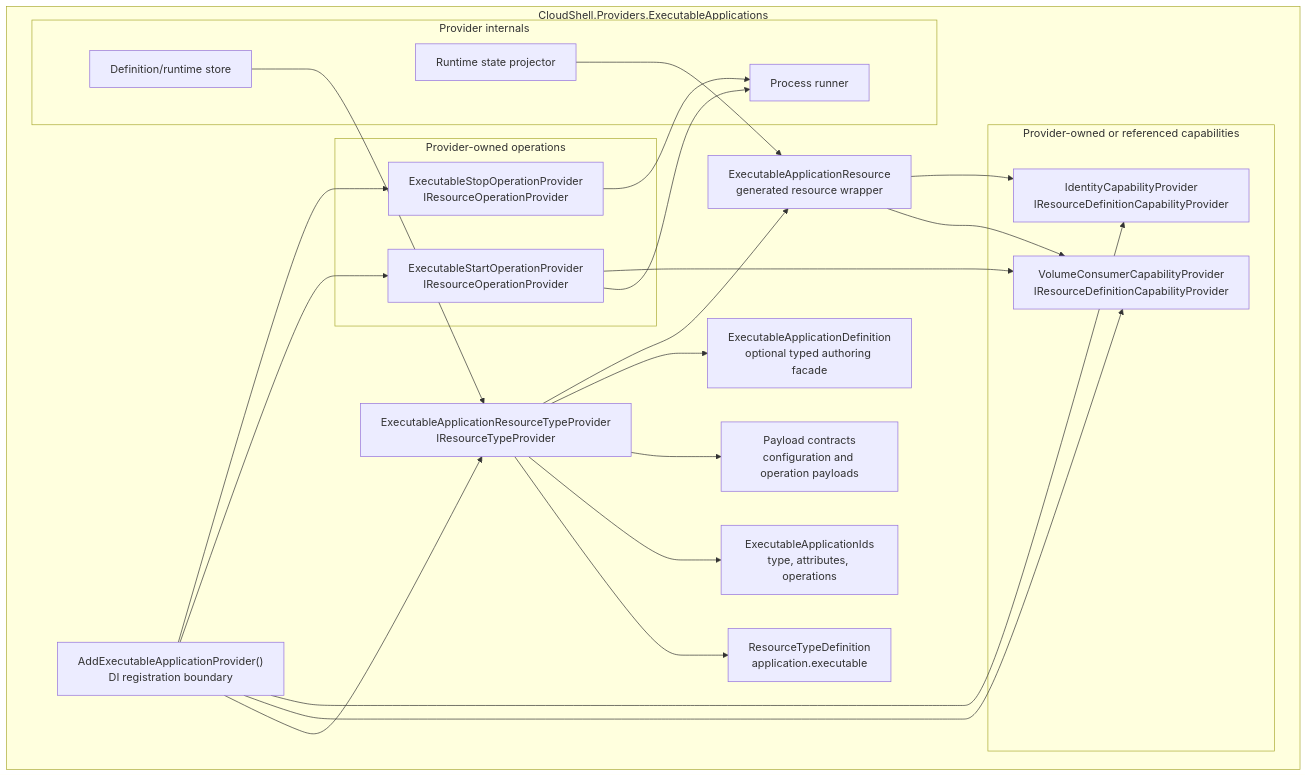
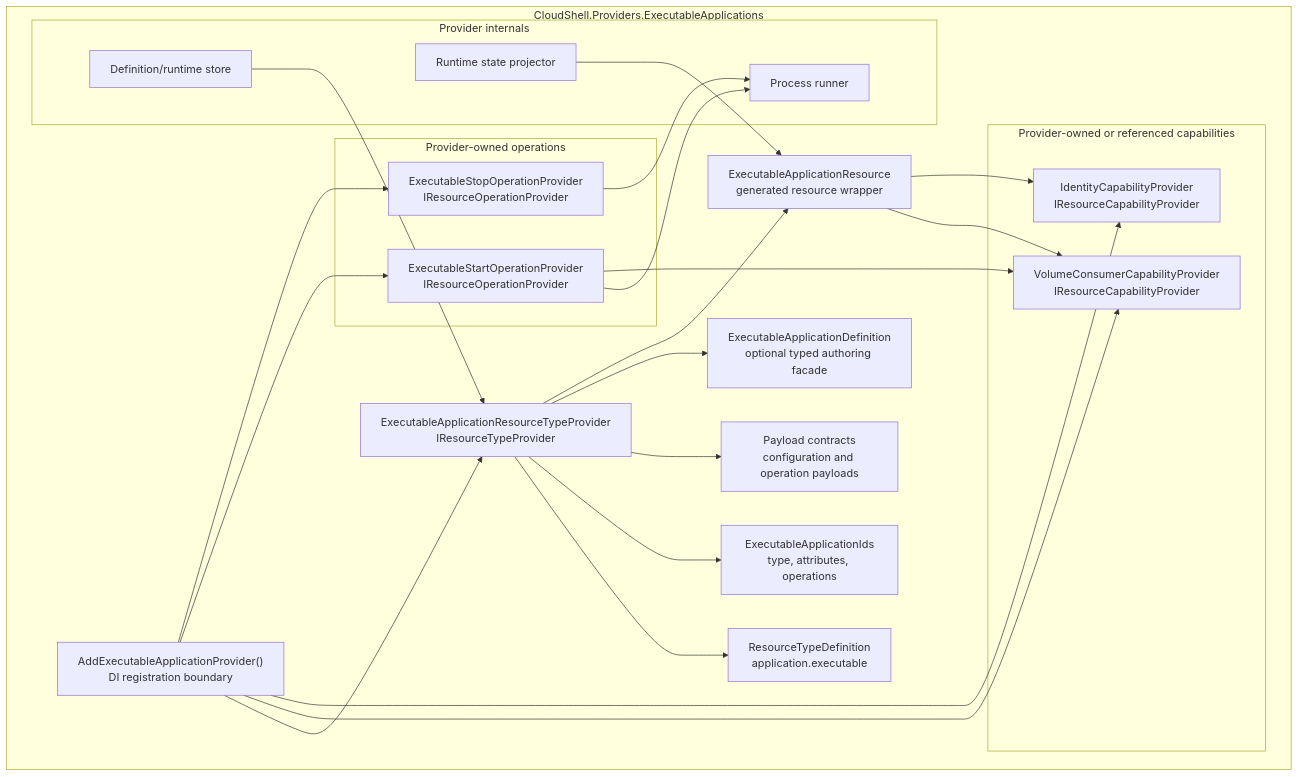
Before and after one commit to marinasundstrom/CloudShell: the third of 4 diagrams in docs/proposals/core/resource-definitions-and-capability-providers.md, drawn with Mermaid. The commit also changed other lines of this file and 20 other files, not shown here.

````diff
--- a/docs/proposals/core/resource-definitions-and-capability-providers.md
+++ b/docs/proposals/core/resource-definitions-and-capability-providers.md
@@ -753,48 +754,48 @@
 ```mermaid
 flowchart TD
     subgraph package [CloudShell.Providers.ExecutableApplications]
         registration["AddExecutableApplicationProvider()<br/>DI registration boundary"]
         typeProvider["ExecutableApplicationResourceTypeProvider<br/>IResourceTypeProvider"]
         typeDefinition["ResourceTypeDefinition<br/>application.executable"]
         ids["ExecutableApplicationIds<br/>type, attributes, operations"]
         payloads["Payload contracts<br/>configuration and operation payloads"]
         wrapper["ExecutableApplicationResource<br/>generated resource wrapper"]
         definitionFacade["ExecutableApplicationDefinition<br/>optional typed authoring facade"]
 
         subgraph capabilities [Provider-owned or referenced capabilities]
-            volumeCapability["VolumeConsumerCapabilityProvider<br/>IResourceDefinitionCapabilityProvider"]
-            identityCapability["IdentityCapabilityProvider<br/>IResourceDefinitionCapabilityProvider"]
+            volumeCapability["VolumeConsumerCapabilityProvider<br/>IResourceCapabilityProvider"]
+            identityCapability["IdentityCapabilityProvider<br/>IResourceCapabilityProvider"]
         end
 
         subgraph operations [Provider-owned operations]
             startOperation["ExecutableStartOperationProvider<br/>IResourceOperationProvider"]
             stopOperation["ExecutableStopOperationProvider<br/>IResourceOperationProvider"]
         end
 
         subgraph internals [Provider internals]
             store["Definition/runtime store"]
             runner["Process runner"]
             state["Runtime state projector"]
         end
     end
 
     registration --> typeProvider
     registration --> volumeCapability
     registration --> identityCapability
     registration --> startOperation
     registration --> stopOperation
 
     typeProvider --> typeDefinition
     typeProvider --> ids
     typeProvider --> payloads
     typeProvider --> definitionFacade
     typeProvider --> wrapper
 
     wrapper --> volumeCapability
     wrapper --> identityCapability
     startOperation --> runner
     startOperation --> volumeCapability
     stopOperation --> runner
     state --> wrapper
     store --> typeProvider
 ```
````
